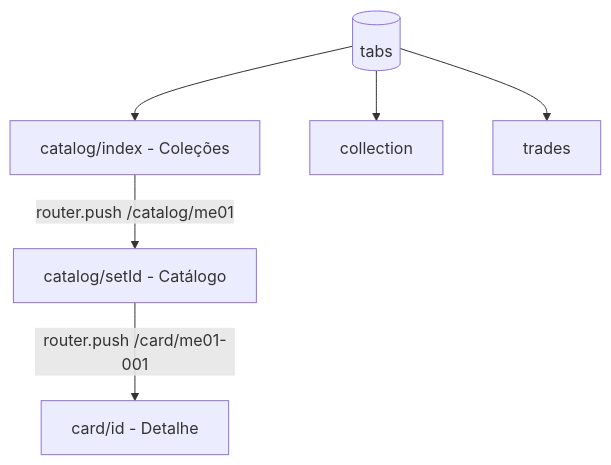
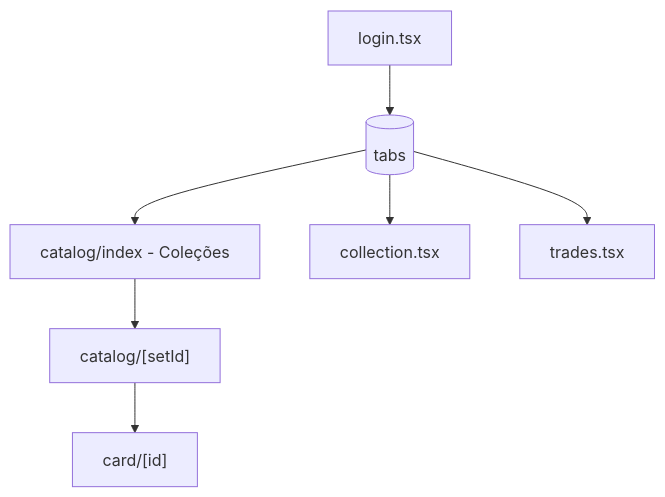
One commit to thiagonunes11/pokemon-trade-center changed the second of 2 diagrams in AGENTS.md. Above: the diagram before and after it, drawn with Mermaid. The commit also changed other lines of this file and 11 other files, not shown here.

````diff
--- a/AGENTS.md
+++ b/AGENTS.md
@@ -104,15 +117,9 @@
 ```mermaid
 flowchart TD
-  Tabs[(tabs)]
-  Pick[catalog/index - Coleções]
-  Grid[catalog/setId - Catálogo]
-  Detail[card/id - Detalhe]
-  Coll[collection]
-  Trades[trades]
-
-  Tabs --> Pick
-  Pick -->|router.push /catalog/me01| Grid
-  Grid -->|router.push /card/me01-001| Detail
-  Tabs --> Coll
-  Tabs --> Trades
+  Login[login.tsx] --> Tabs[(tabs)]
+  Tabs --> Colecoes[catalog/index - Coleções]
+  Colecoes --> Grid["catalog/[setId]"]
+  Grid --> Detail["card/[id]"]
+  Tabs --> MinhaCol[collection.tsx]
+  Tabs --> Trocas[trades.tsx]
 ```
````
